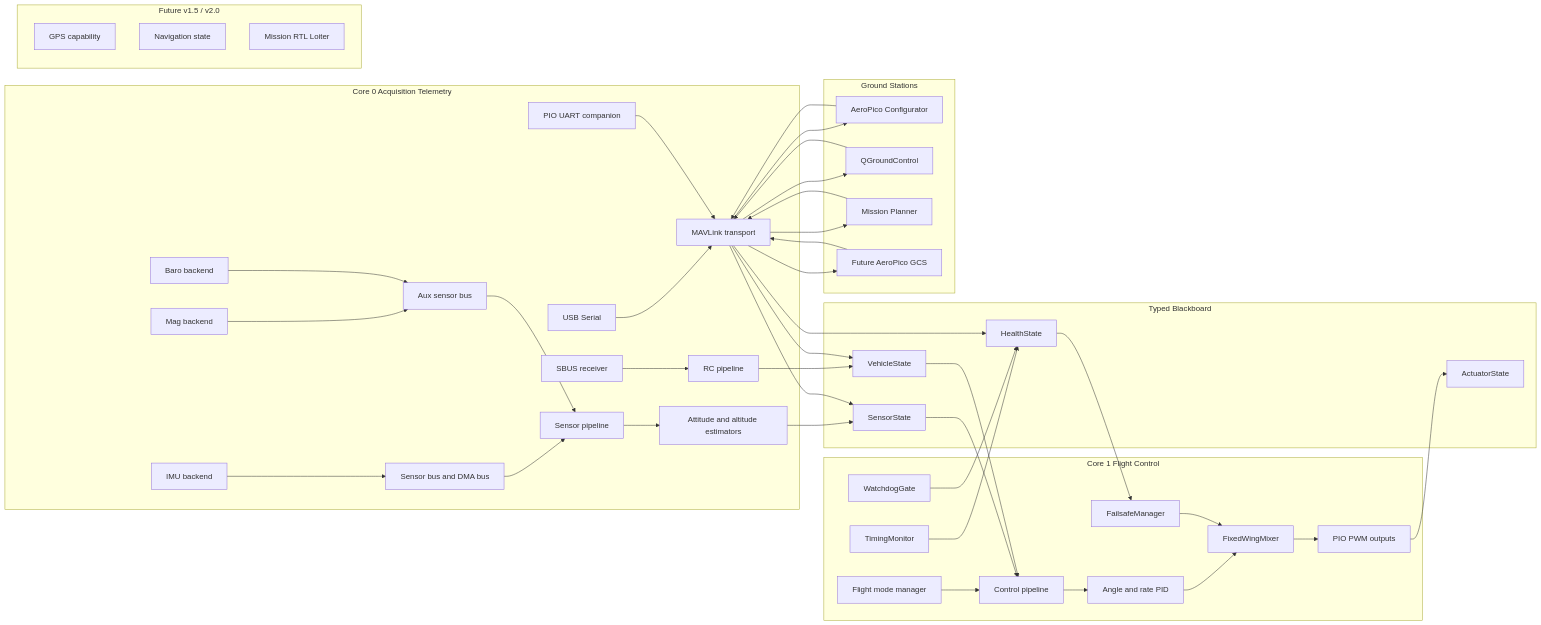
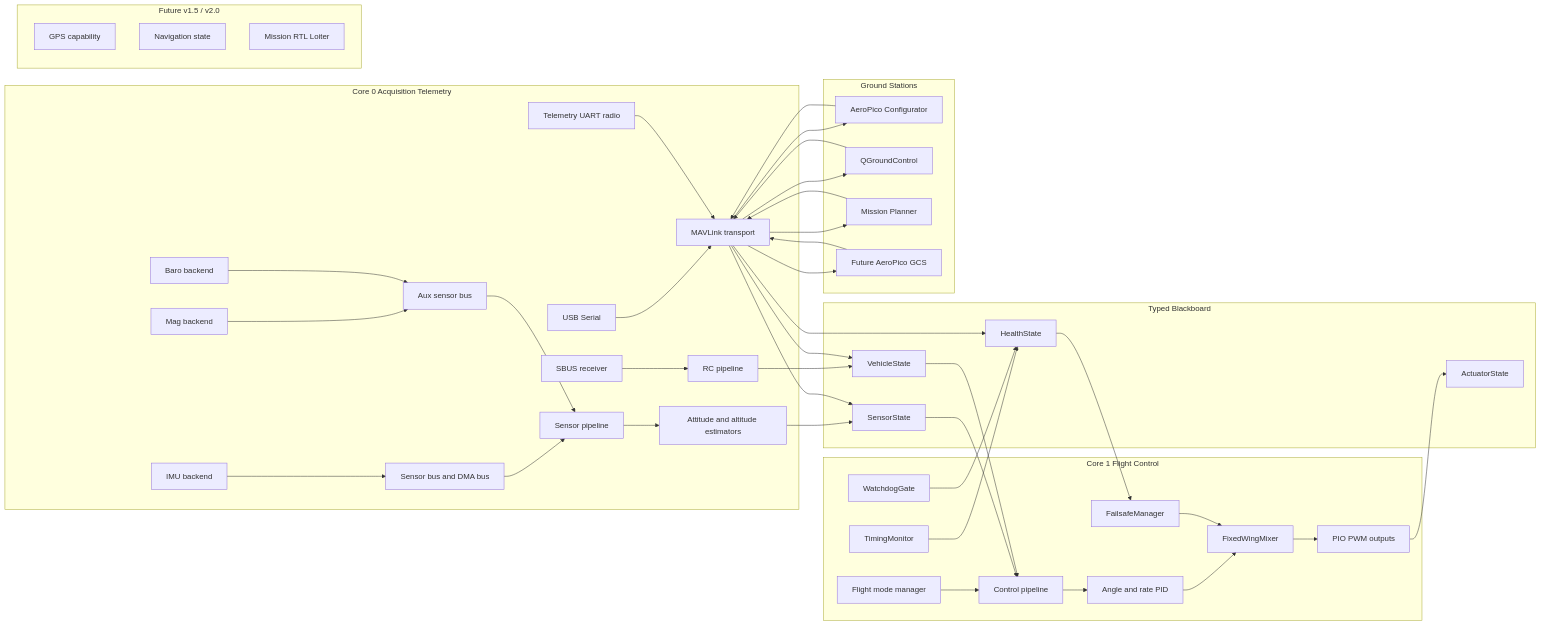
Before and after one commit to ozcelik329/AeroPico-FC: the diagram in README.md, drawn with Mermaid. The commit also changed other lines of this file and 48 other files, not shown here.

Commit message:
Prepare bench admin arm and telemetry radio support

````diff
--- a/README.md
+++ b/README.md
@@ -112,80 +113,80 @@
 ```mermaid
 flowchart LR
     subgraph CORE0 ["Core 0 Acquisition Telemetry"]
         IMU["IMU backend"]
         MAG["Mag backend"]
         BARO["Baro backend"]
         BUS["Sensor bus and DMA bus"]
         AUX["Aux sensor bus"]
         RCIN["SBUS receiver"]
         RCP["RC pipeline"]
         SP["Sensor pipeline"]
         EST["Attitude and altitude estimators"]
         USB["USB Serial"]
-        PIOU["PIO UART companion"]
+        PIOU["Telemetry UART radio"]
         MAV["MAVLink transport"]
     end
 
     subgraph STATE ["Typed Blackboard"]
         SENSOR["SensorState"]
         VEHICLE["VehicleState"]
         ACT["ActuatorState"]
         HEALTH["HealthState"]
     end
 
     subgraph CORE1 ["Core 1 Flight Control"]
         FMODE["Flight mode manager"]
         CTRL["Control pipeline"]
         RATE["Angle and rate PID"]
         RATE --> MIX["FixedWingMixer"]
         FAIL["FailsafeManager"] --> MIX
         MIX --> PWM["PIO PWM outputs"]
         TIM["TimingMonitor"]
         WDG["WatchdogGate"]
     end
 
     IMU --> BUS
     BUS --> SP
     MAG --> AUX
     BARO --> AUX
     AUX --> SP
     RCIN --> RCP
     SP --> EST
     EST --> SENSOR
     RCP --> VEHICLE
     USB --> MAV
     PIOU --> MAV
     FMODE --> CTRL
     SENSOR --> CTRL
     VEHICLE --> CTRL
     CTRL --> RATE
     HEALTH --> FAIL
     TIM --> HEALTH
     WDG --> HEALTH
     PWM --> ACT
     MAV --> HEALTH
     MAV --> SENSOR
     MAV --> VEHICLE
 
     subgraph GCS ["Ground Stations"]
         CFG["AeroPico Configurator"]
         QGC["QGroundControl"]
         MP["Mission Planner"]
         AGCS["Future AeroPico GCS"]
     end
 
     CFG --> MAV
     MAV --> CFG
     QGC --> MAV
     MAV --> QGC
     MP --> MAV
     MAV --> MP
     AGCS --> MAV
     MAV --> AGCS
 
     subgraph FUTURE ["Future v1.5 / v2.0"]
         GPS["GPS capability"]
         NAV["Navigation state"]
         MIS["Mission RTL Loiter"]
     end
 ```
````
